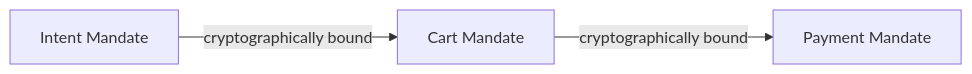
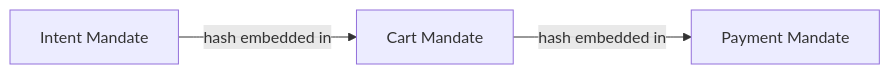
The second of 3 diagrams in 521-agent-payments-protocol-ap2.qmd (mikenguyen13/ai_in_action), drawn with Mermaid before and after one commit. The commit also changed other lines of this file and 184 other files, not shown here.

Commit message:
Conceptual wave: deepen 92 conceptual chapters (rigorous math, diagrams, worked examples, DOI citations); dedup references.bib; rendered clean (0 unresolved citations, 0 errors)

````diff
--- a/521-agent-payments-protocol-ap2.qmd
+++ b/521-agent-payments-protocol-ap2.qmd
@@ -51,7 +100,7 @@
 ```{mermaid}
 flowchart LR
     Intent["Intent Mandate"]
     Cart["Cart Mandate"]
     Payment["Payment Mandate"]
-    Intent -->|"cryptographically bound"| Cart -->|"cryptographically bound"| Payment
+    Intent -->|"hash embedded in"| Cart -->|"hash embedded in"| Payment
 ```
````
